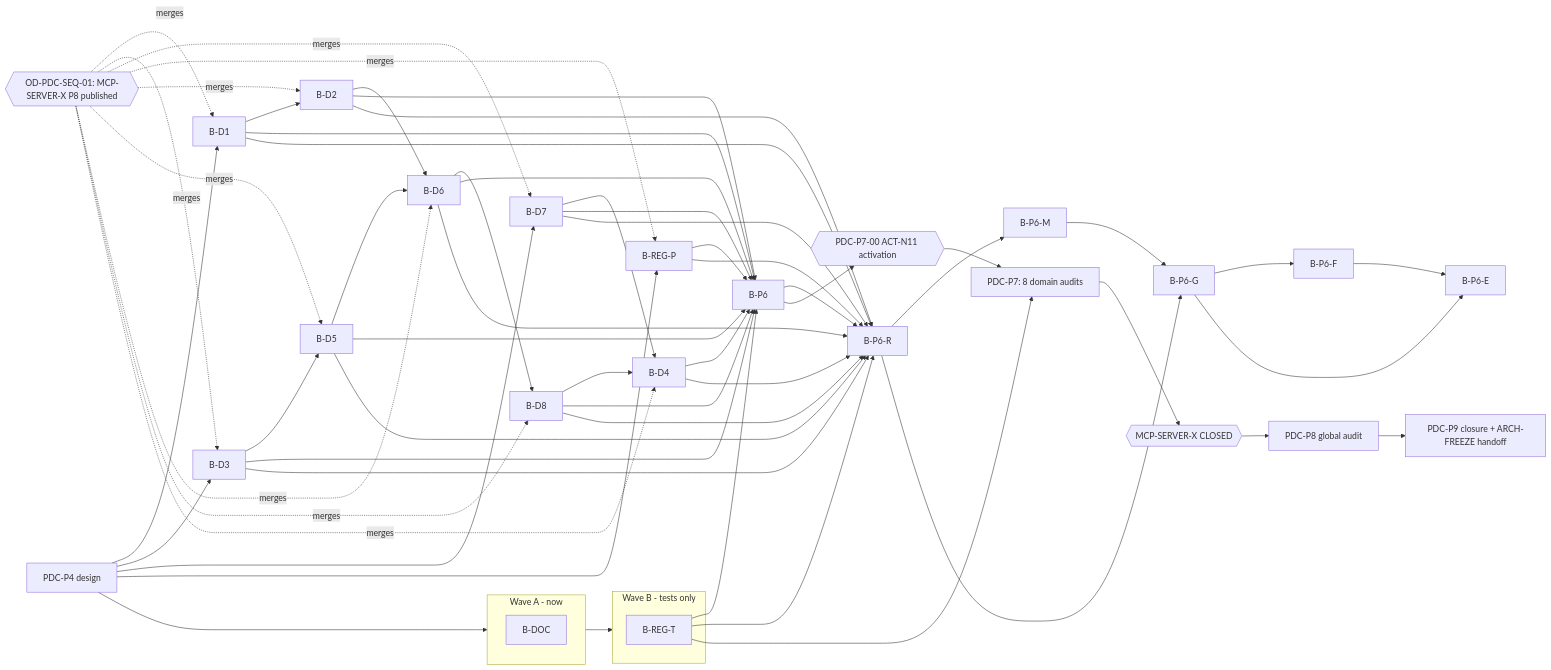
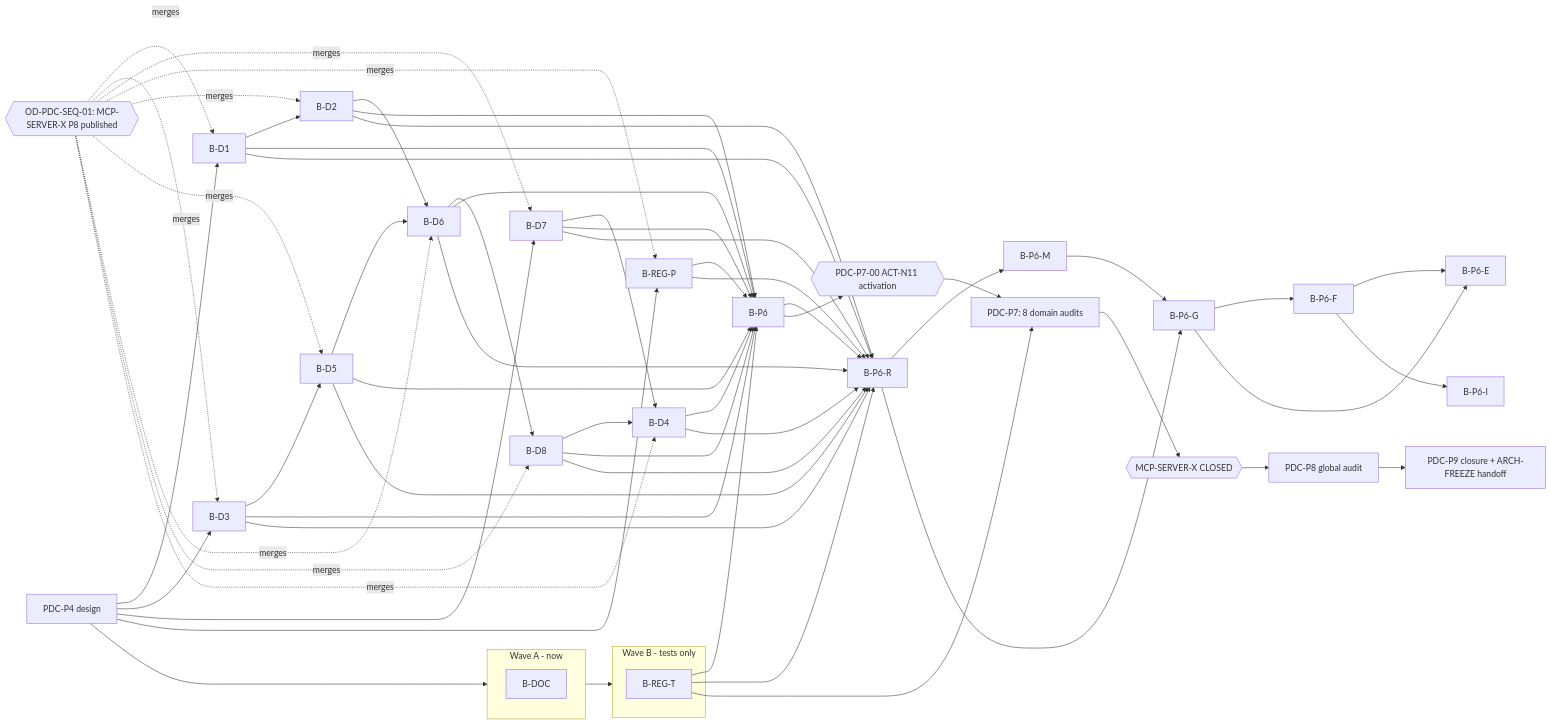
One commit to jakbuczarnecki/intergrax changed the diagram in docs/project/maintainers/qualification/platform_domain_completeness/PDC_DEPENDENCY_DAG.md. Above: the diagram before and after it, drawn with Mermaid. The commit also changed other lines of this file and 4 other files, not shown here.

````diff
--- a/docs/project/maintainers/qualification/platform_domain_completeness/PDC_DEPENDENCY_DAG.md
+++ b/docs/project/maintainers/qualification/platform_domain_completeness/PDC_DEPENDENCY_DAG.md
@@ -5,51 +5,52 @@
 ```mermaid
 graph LR
   P4[PDC-P4 design] --> WA
   subgraph WA[Wave A - now]
     B-DOC
   end
   subgraph WB[Wave B - tests only]
     B-REG-T
   end
   WA --> WB
   GATE{{OD-PDC-SEQ-01: MCP-SERVER-X P8 published}}
   B-D1 --> B-D2
   B-D3 --> B-D5
   B-D2 --> B-D6
   B-D5 --> B-D6
   B-D6 --> B-D8
   B-D7 --> B-D4
   B-D8 --> B-D4
   B-D1 --> B-P6
   B-D2 --> B-P6
   B-D3 --> B-P6
   B-D4 --> B-P6
   B-D5 --> B-P6
   B-D6 --> B-P6
   B-D7 --> B-P6
   B-D8 --> B-P6
   B-REG-P --> B-P6
   B-REG-T --> B-P6
   B-D1 --> B-P6-R
   B-D2 --> B-P6-R
   B-D3 --> B-P6-R
   B-D4 --> B-P6-R
   B-D5 --> B-P6-R
   B-D6 --> B-P6-R
   B-D7 --> B-P6-R
   B-D8 --> B-P6-R
   B-REG-P --> B-P6-R
   B-REG-T --> B-P6-R
   B-P6 --> B-P6-R
   B-P6-R --> B-P6-M
   B-P6-R --> B-P6-G
   B-P6-M --> B-P6-G
   B-P6-G --> B-P6-F
   B-P6-G --> B-P6-E
   B-P6-F --> B-P6-E
+  B-P6-F --> B-P6-I
   P4 --> B-D1 & B-D3 & B-D7 & B-REG-P
   GATE -. merges .-> B-D1 & B-D3 & B-D7 & B-REG-P & B-D2 & B-D5 & B-D6 & B-D8 & B-D4
   B-P6 --> ACT{{PDC-P7-00 ACT-N11 activation}} --> P7[PDC-P7: 8 domain audits]
   B-REG-T --> P7
   P7 --> MCPC{{MCP-SERVER-X CLOSED}} --> P8[PDC-P8 global audit] --> P9[PDC-P9 closure + ARCH-FREEZE handoff]
 ```
````
